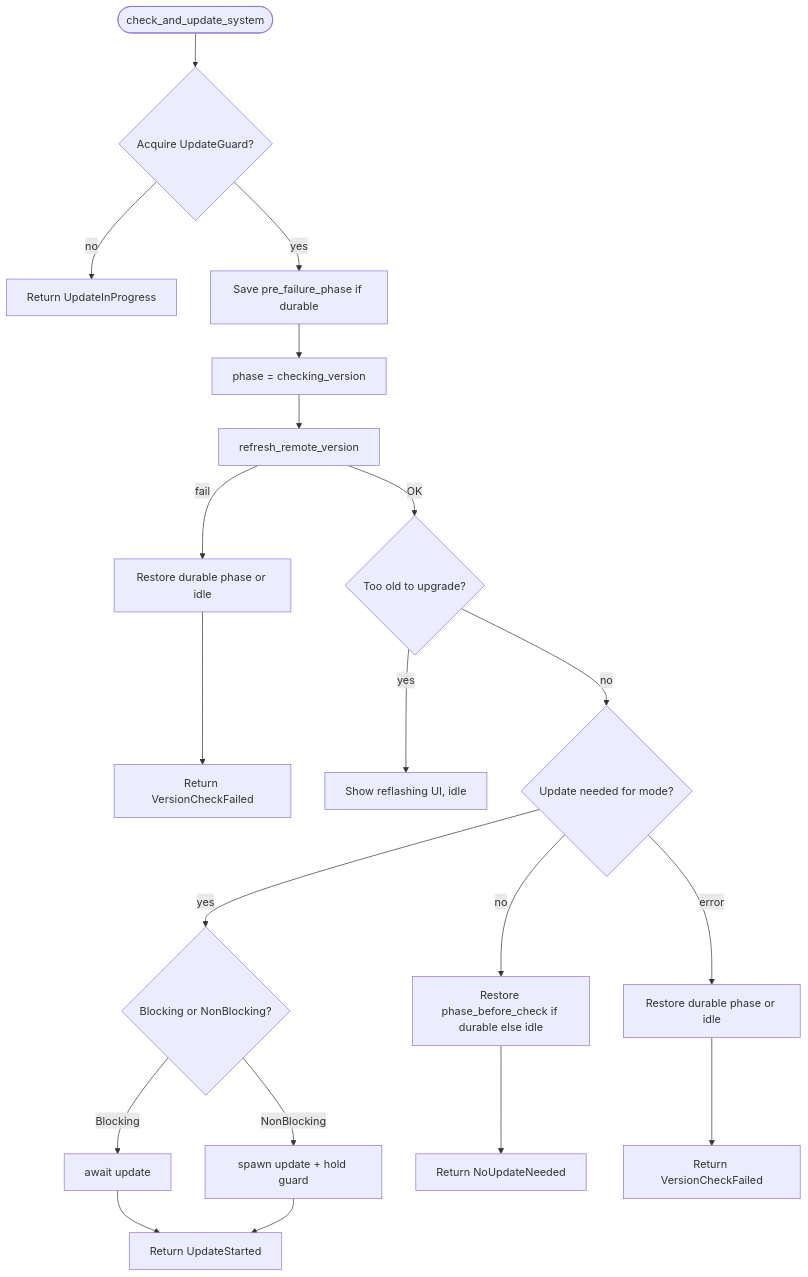
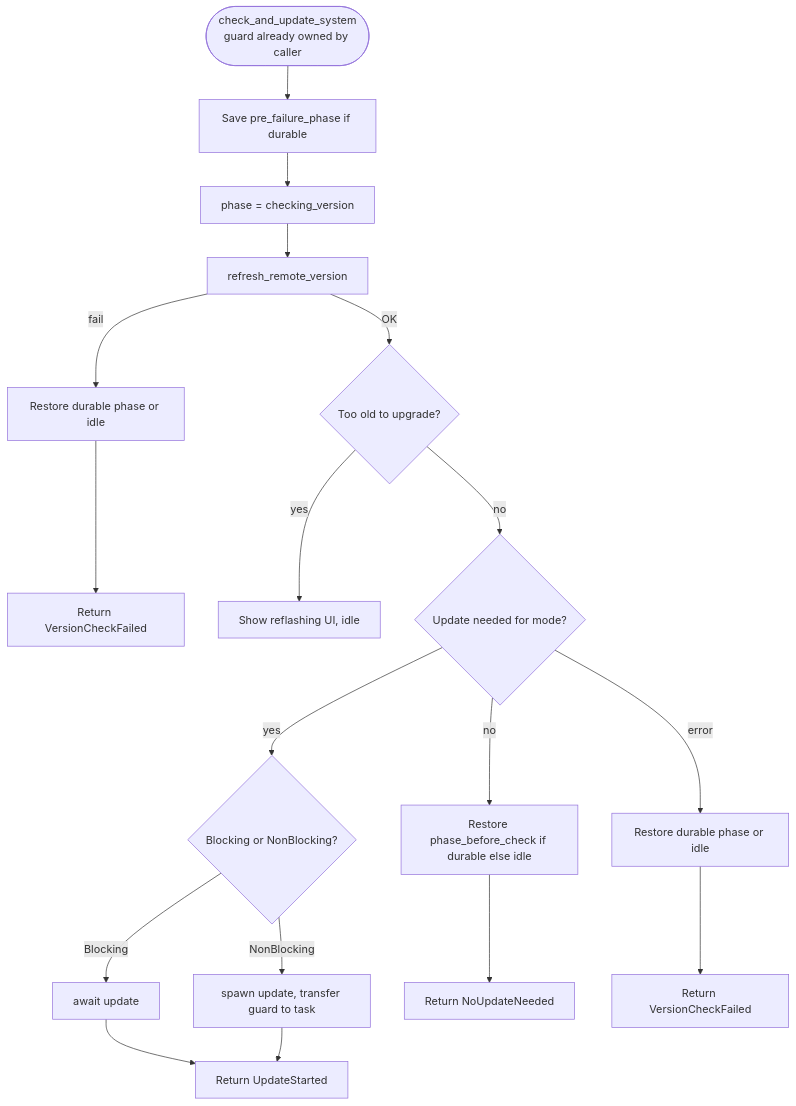
One commit to feral-file/ffos-user changed the sixth of 9 diagrams in docs/feral-setupd-flow.md. Above: the diagram before and after it, drawn with Mermaid. The commit also changed other lines of this file and 1 other file, not shown here.

First line of the commit message:
fix(setupd): close TOCTOU race with entry-point guard acquisition

````diff
--- a/docs/feral-setupd-flow.md
+++ b/docs/feral-setupd-flow.md
@@ -283,22 +289,20 @@
 ```mermaid
 flowchart TD
-  Start([check_and_update_system]) --> Guard{Acquire UpdateGuard?}
-  Guard -->|no| InProg[Return UpdateInProgress]
-  Guard -->|yes| SavePre[Save pre_failure_phase if durable]
+  Start([check_and_update_system<br/>guard already owned by caller]) --> SavePre[Save pre_failure_phase if durable]
   SavePre --> CV[phase = checking_version]
   CV --> Refresh[refresh_remote_version]
   Refresh -->|fail| RestoreEarly[Restore durable phase or idle]
   RestoreEarly --> VCFail[Return VersionCheckFailed]
   Refresh -->|OK| TooOld{Too old to upgrade?}
   TooOld -->|yes| Reflash[Show reflashing UI, idle]
   TooOld -->|no| Need{Update needed for mode?}
   Need -->|yes| Exec{Blocking or NonBlocking?}
   Exec -->|Blocking| RunUpdate[await update]
-  Exec -->|NonBlocking| Spawn[spawn update + hold guard]
+  Exec -->|NonBlocking| Spawn[spawn update, transfer guard to task]
   RunUpdate --> Started[Return UpdateStarted]
   Spawn --> Started
   Need -->|no| RestoreNoUpdate[Restore phase_before_check if durable else idle]
   RestoreNoUpdate --> NoNeed[Return NoUpdateNeeded]
   Need -->|error| RestoreErr[Restore durable phase or idle]
   RestoreErr --> VCFail2[Return VersionCheckFailed]
 ```
````
